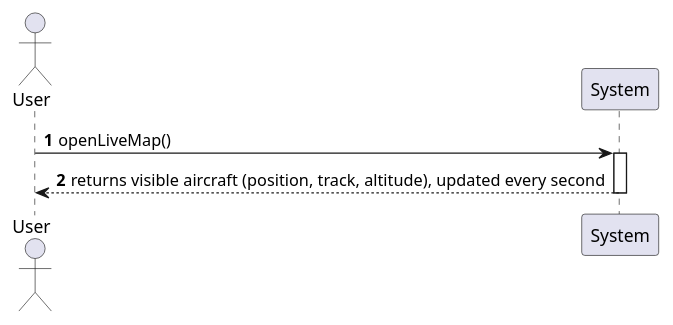
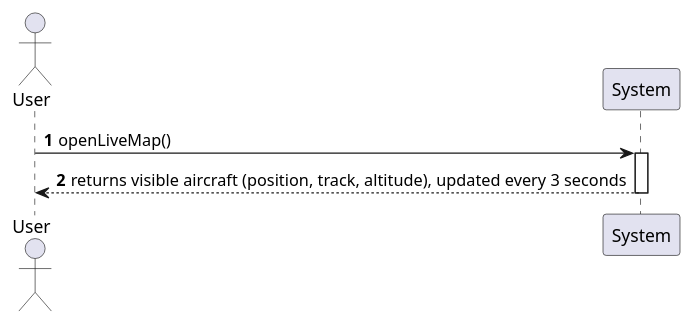
The diagram in docs/system-documentation/use-cases/US06/puml/ssd_us06.puml (miguelsiilva1/SkyTracer), drawn with PlantUML before and after one commit. The commit also changed 31 other files, not shown here.

Commit message:
docs: update architecture documentation for the Cloudflare and Supabase backend

```diff
--- a/docs/system-documentation/use-cases/US06/puml/ssd_us06.puml
+++ b/docs/system-documentation/use-cases/US06/puml/ssd_us06.puml
@@ -1,10 +1,10 @@
 @startuml
 autonumber
 actor "User" as A
 participant "System" as S
 
 A -> S : openLiveMap()
 activate S
-S --> A : returns visible aircraft (position, track, altitude), updated every second
+S --> A : returns visible aircraft (position, track, altitude), updated every 3 seconds
 deactivate S
 @enduml
```
